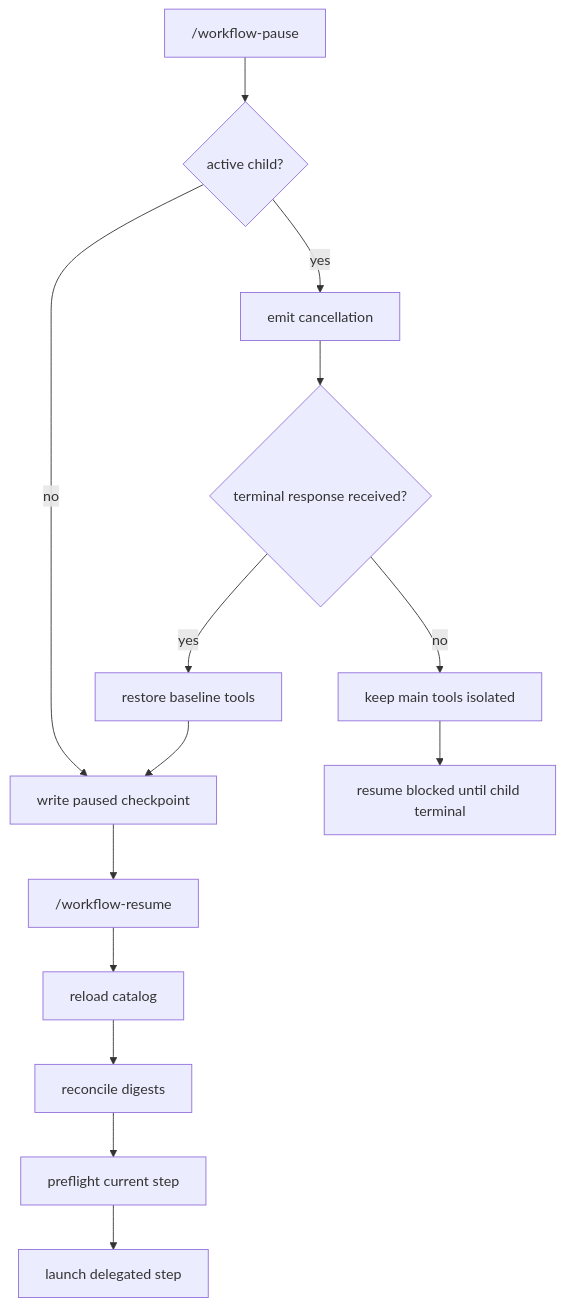
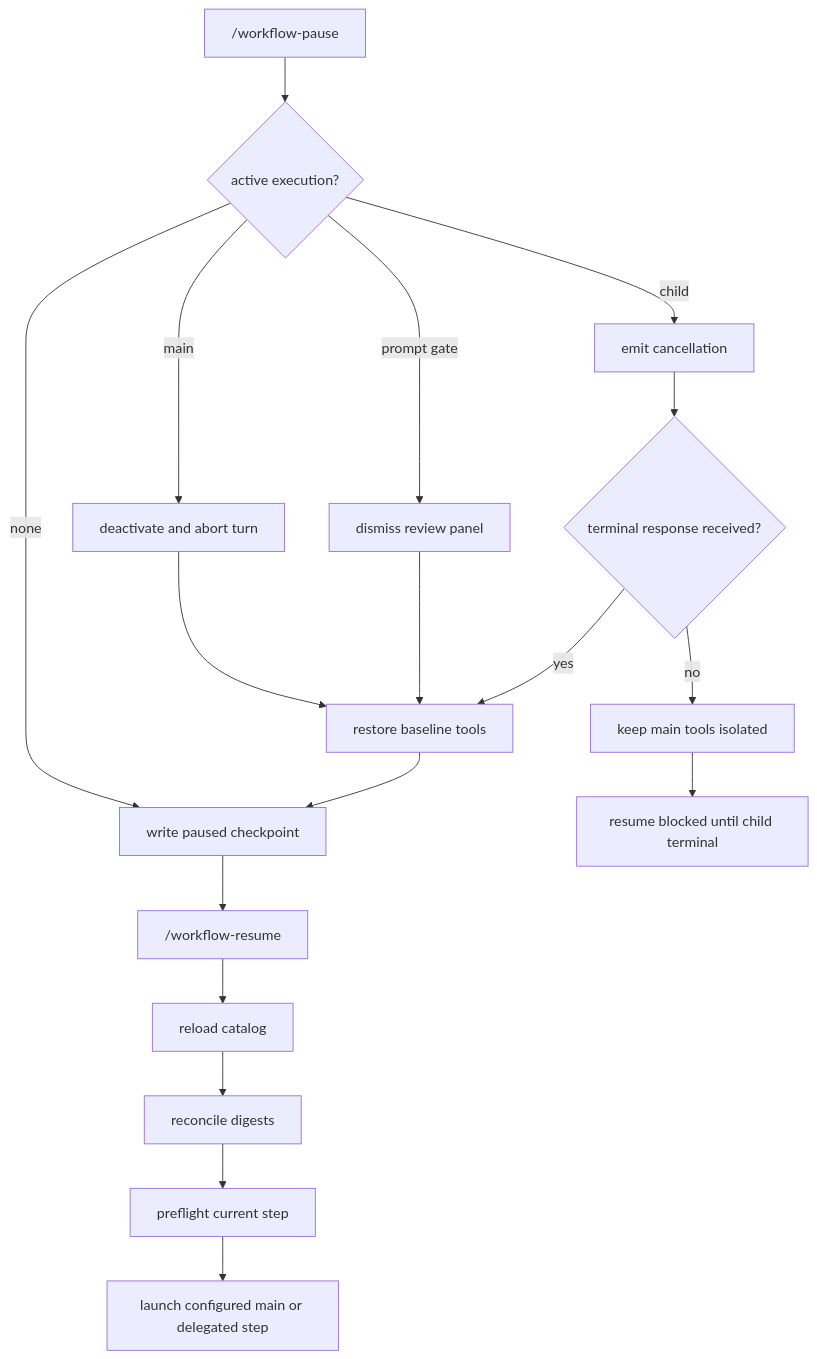
One commit to wichayutdew/pi-workflows changed the fifth of 7 diagrams in openwiki/architecture/runtime-lifecycle.md. Above: the diagram before and after it, drawn with Mermaid. The commit also changed other lines of this file and 84 other files, not shown here.

````diff
--- a/openwiki/architecture/runtime-lifecycle.md
+++ b/openwiki/architecture/runtime-lifecycle.md
@@ -74,16 +98,20 @@
 ```mermaid
 flowchart TD
-  Pause["/workflow-pause"] --> ActiveChild{active child?}
-  ActiveChild -- yes --> Cancel[emit cancellation]
-  ActiveChild -- no --> Checkpoint[write paused checkpoint]
+  Pause["/workflow-pause"] --> Active{active execution?}
+  Active -- main --> Stop[deactivate and abort turn]
+  Active -- prompt gate --> Dismiss[dismiss review panel]
+  Active -- child --> Cancel[emit cancellation]
+  Active -- none --> Checkpoint[write paused checkpoint]
+  Stop --> Restore[restore baseline tools]
+  Dismiss --> Restore
   Cancel --> Confirmed{terminal response received?}
   Confirmed -- yes --> Restore[restore baseline tools]
   Confirmed -- no --> Isolate[keep main tools isolated]
   Restore --> Checkpoint
   Isolate --> BlockResume[resume blocked until child terminal]
   Checkpoint --> Resume["/workflow-resume"]
   Resume --> Reload[reload catalog]
   Reload --> Reconcile[reconcile digests]
   Reconcile --> Preflight[preflight current step]
-  Preflight --> Launch[launch delegated step]
+  Preflight --> Launch[launch configured main or delegated step]
 ```
````
